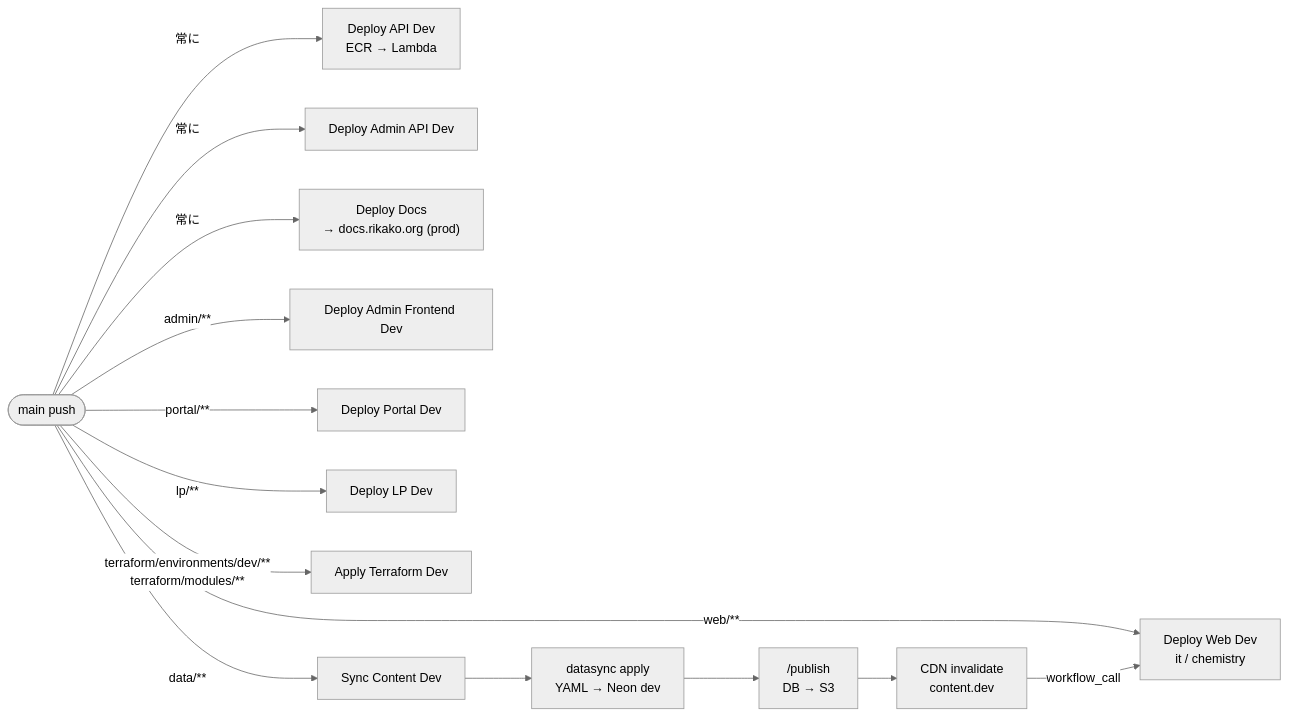
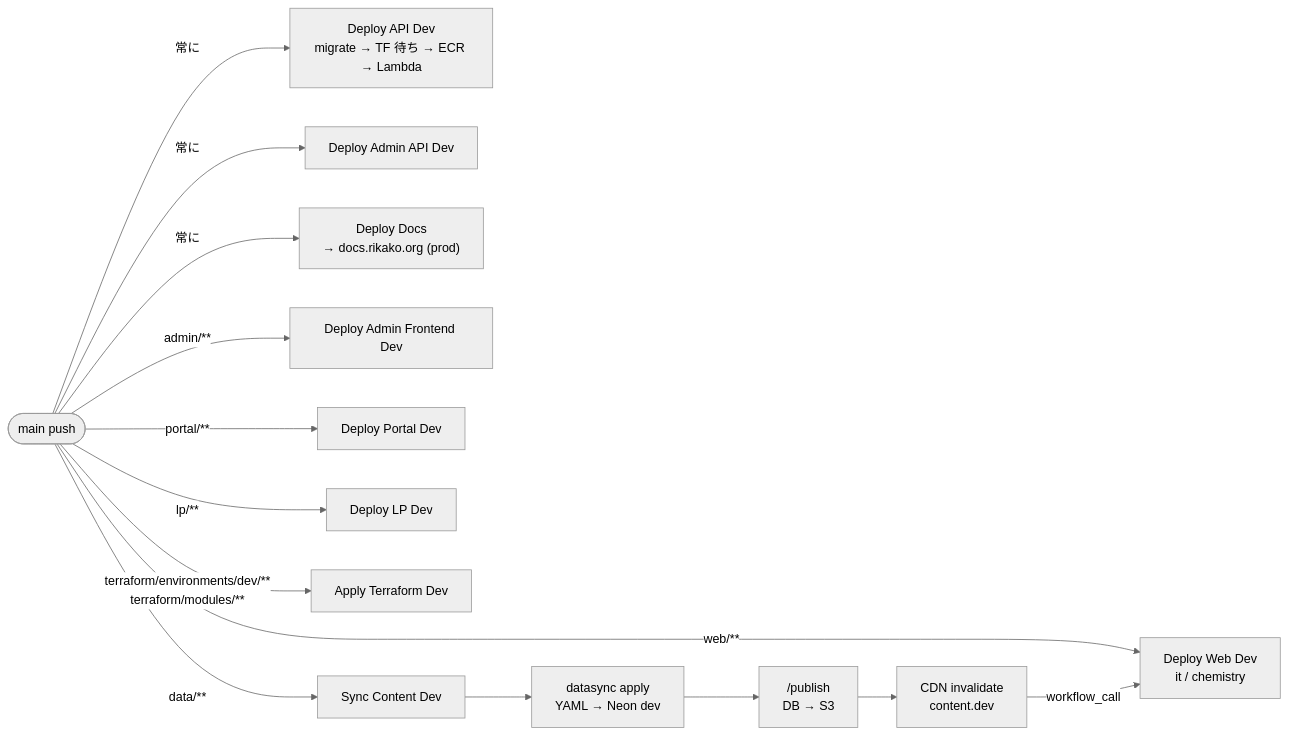
Before and after one commit to takoikatakotako/rikako: the second of 6 diagrams in docs/ci-workflows.md, drawn with Mermaid (neutral theme). The commit also changed other lines of this file and 12 other files, not shown here.

````diff
--- a/docs/ci-workflows.md
+++ b/docs/ci-workflows.md
@@ -44,17 +44,17 @@
 ```mermaid
 flowchart LR
     M([main push])
-    M -->|"常に"| api["Deploy API Dev<br/>ECR → Lambda"]
+    M -->|"常に"| api["Deploy API Dev<br/>migrate → TF 待ち → ECR → Lambda"]
     M -->|"常に"| aapi["Deploy Admin API Dev"]
     M -->|"常に"| docs["Deploy Docs<br/>→ docs.rikako.org (prod)"]
     M -->|"admin/**"| afe["Deploy Admin Frontend Dev"]
     M -->|"web/**"| webd["Deploy Web Dev<br/>it / chemistry"]
     M -->|"portal/**"| portal["Deploy Portal Dev"]
     M -->|"lp/**"| lp["Deploy LP Dev"]
     M -->|"terraform/environments/dev/**<br/>terraform/modules/**"| tfd["Apply Terraform Dev"]
     M -->|"data/**"| sync["Sync Content Dev"]
     sync --> ds["datasync apply<br/>YAML → Neon dev"]
     ds --> pub["/publish<br/>DB → S3"]
     pub --> inv["CDN invalidate<br/>content.dev"]
     inv -->|"workflow_call"| webd
 ```
````
